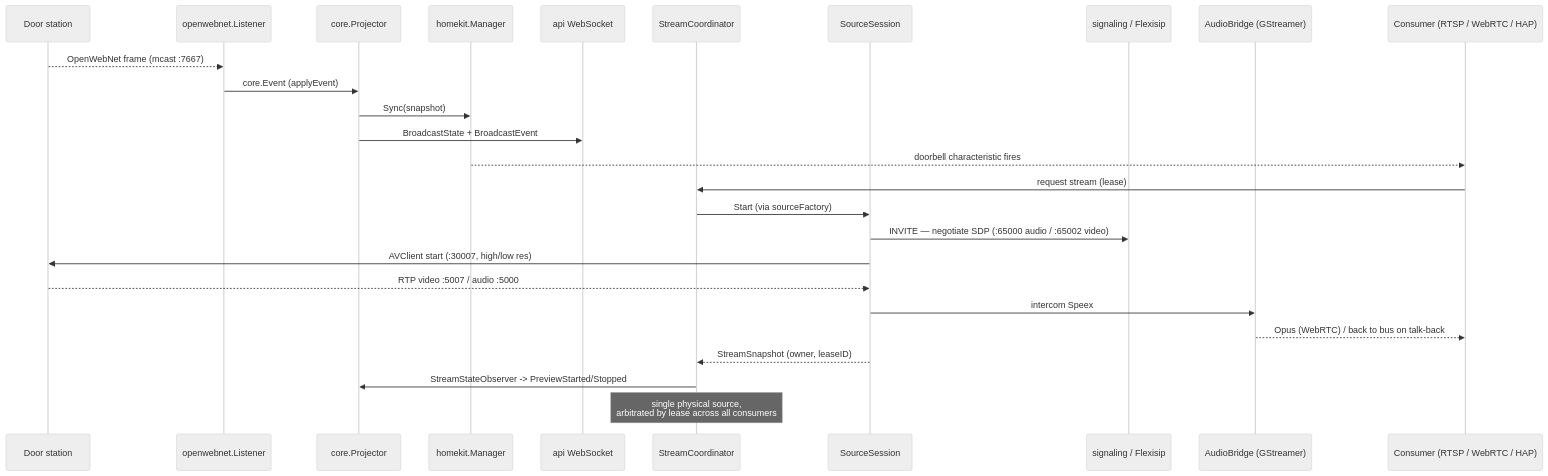
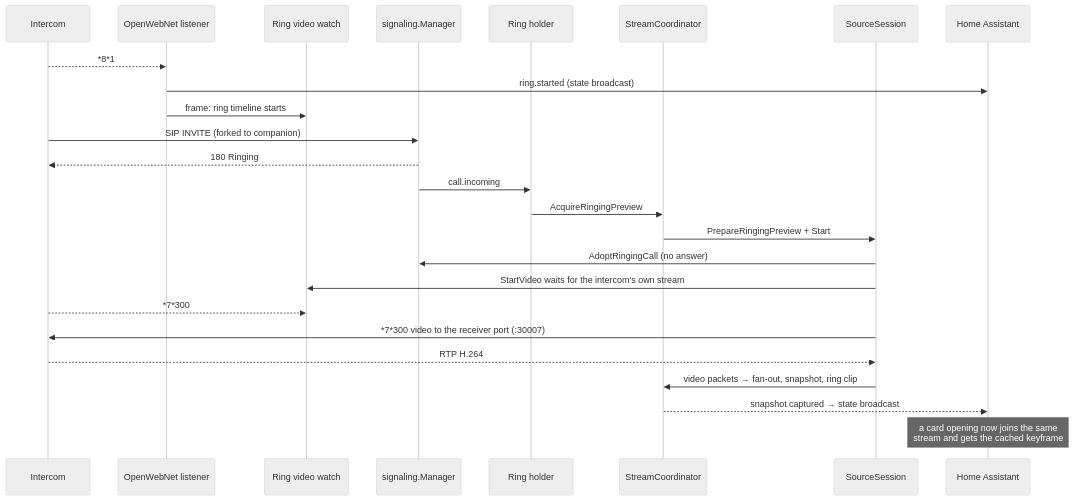
Before and after one commit to abeilprincipino/BTicino-GO-Companion: the fourth of 4 diagrams in docs/architecture.md, drawn with Mermaid (neutral theme). The commit also changed other lines of this file and 1 other file, not shown here.

Commit message:
docs: add CLAUDE.md and rewrite the architecture overview

````diff
--- a/docs/architecture.md
+++ b/docs/architecture.md
@@ -187,30 +318,28 @@
 ```mermaid
 sequenceDiagram
-    participant EP as Door station
-    participant L as openwebnet.Listener
-    participant P as core.Projector
-    participant HK as homekit.Manager
-    participant WS as api WebSocket
-    participant CO as StreamCoordinator
-    participant SS as SourceSession
-    participant SIP as signaling / Flexisip
-    participant AB as AudioBridge (GStreamer)
-    participant C as Consumer (RTSP / WebRTC / HAP)
+    participant IC as Intercom
+    participant L as OpenWebNet listener
+    participant W as Ring video watch
+    participant M as signaling.Manager
+    participant H as Ring holder
+    participant C as StreamCoordinator
+    participant S as SourceSession
+    participant HA as Home Assistant
 
-    EP-->>L: OpenWebNet frame (mcast :7667)
-    L->>P: core.Event (applyEvent)
-    P->>HK: Sync(snapshot)
-    P->>WS: BroadcastState + BroadcastEvent
-    HK-->>C: doorbell characteristic fires
-
-    C->>CO: request stream (lease)
-    CO->>SS: Start (via sourceFactory)
-    SS->>SIP: INVITE — negotiate SDP (:65000 audio / :65002 video)
-    SS->>EP: AVClient start (:30007, high/low res)
-    EP-->>SS: RTP video :5007 / audio :5000
-    SS->>AB: intercom Speex
-    AB-->>C: Opus (WebRTC) / back to bus on talk-back
-    SS-->>CO: StreamSnapshot (owner, leaseID)
-    CO->>P: StreamStateObserver -> PreviewStarted/Stopped
-    Note over CO: single physical source,<br/>arbitrated by lease across all consumers
+    IC-->>L: *8*1#1#4#… (ring frame)
+    L->>HA: ring.started (state broadcast)
+    L->>W: frame: ring timeline starts
+    IC->>M: SIP INVITE (forked to companion)
+    M-->>IC: 180 Ringing
+    M->>H: call.incoming
+    H->>C: AcquireRingingPreview
+    C->>S: PrepareRingingPreview + Start
+    S->>M: AdoptRingingCall (no answer)
+    S->>W: StartVideo waits for the intercom's own stream
+    IC-->>W: *7*300#127#0#0#1#5002|5007#… (or 3 s fallback)
+    S->>IC: *7*300 video to the receiver port (:30007)
+    IC-->>S: RTP H.264
+    S->>C: video packets → fan-out, snapshot, ring clip
+    C-->>HA: snapshot captured → state broadcast
+    Note over HA: a card opening now joins the same<br/>stream and gets the cached keyframe
 ```
````
